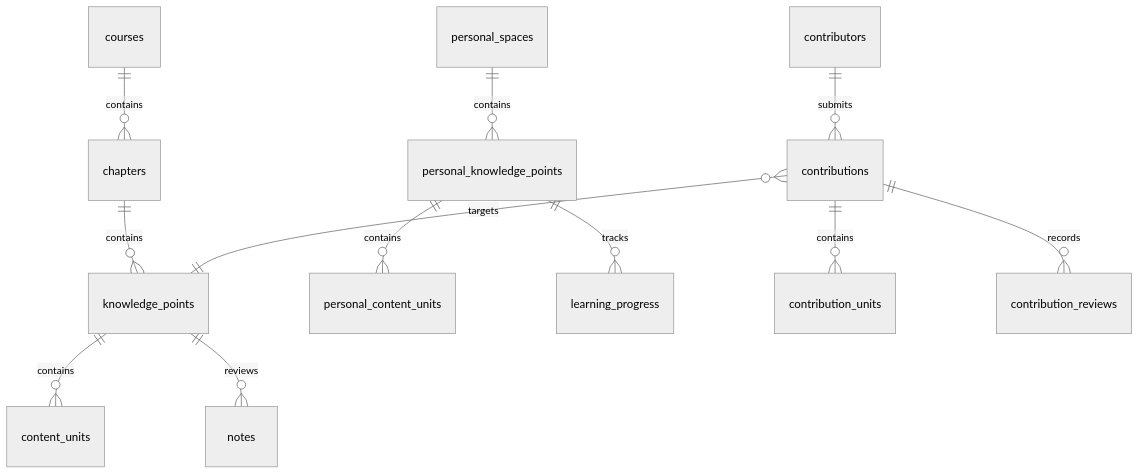
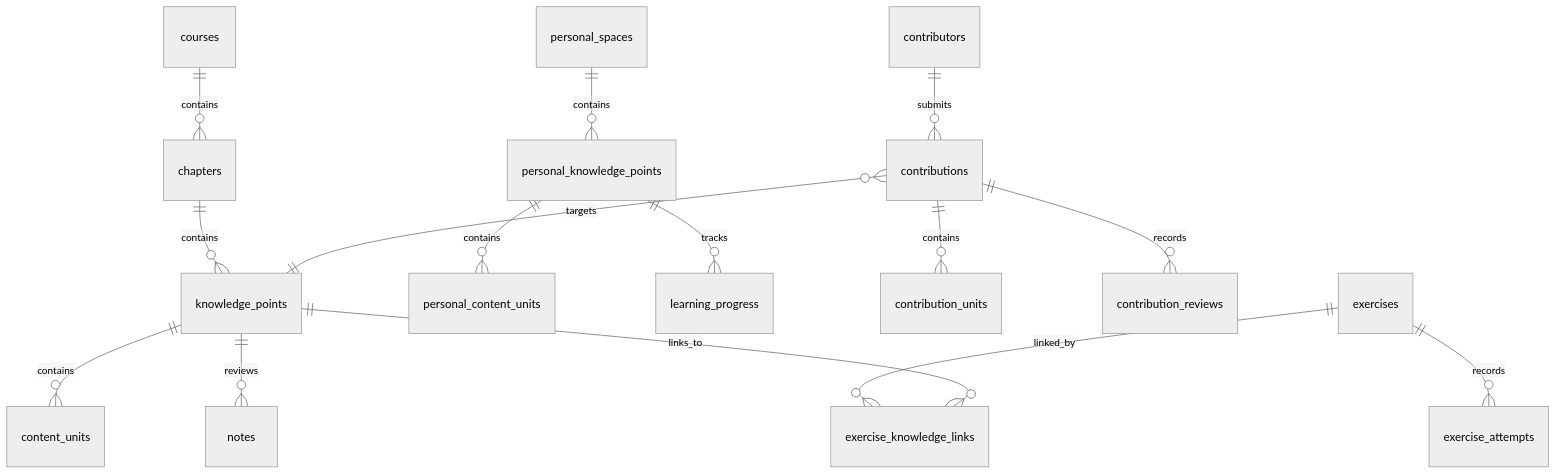
The second of 4 diagrams in docs/agent_handoff_guide.md (ZhouYinLong-lab/Owlsome), drawn with Mermaid (neutral theme) before and after one commit. The commit also changed other lines of this file and 19 other files, not shown here.

Commit message:
Add exercise knowledge linking MVP

````diff
--- a/docs/agent_handoff_guide.md
+++ b/docs/agent_handoff_guide.md
@@ -113,14 +113,17 @@
 ```mermaid
 erDiagram
   courses ||--o{ chapters : contains
   chapters ||--o{ knowledge_points : contains
   knowledge_points ||--o{ content_units : contains
   knowledge_points ||--o{ notes : reviews
   personal_spaces ||--o{ personal_knowledge_points : contains
   personal_knowledge_points ||--o{ personal_content_units : contains
   personal_knowledge_points ||--o{ learning_progress : tracks
   contributors ||--o{ contributions : submits
   contributions ||--o{ contribution_units : contains
   contributions ||--o{ contribution_reviews : records
   contributions }o--|| knowledge_points : targets
+  exercises ||--o{ exercise_knowledge_links : linked_by
+  knowledge_points ||--o{ exercise_knowledge_links : links_to
+  exercises ||--o{ exercise_attempts : records
 ```
````
